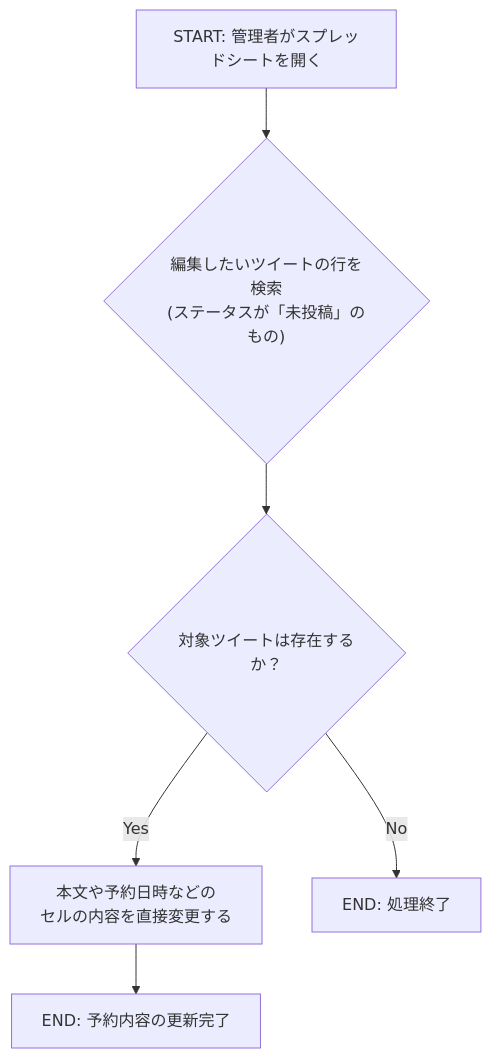
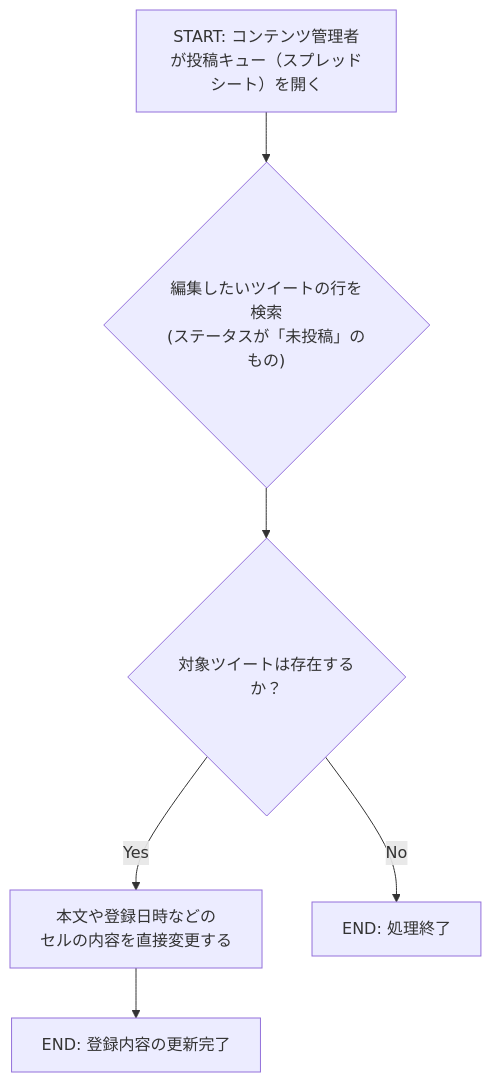
Before and after one commit to masa-codehub/hatolink: the second of 3 diagrams in docs/US-005a/flowchart.md, drawn with Mermaid. The commit also changed other lines of this file and 5 other files, not shown here.

Commit message:
フローチャートとシーケンス図の表記を「予約」から「登録」に変更し、関連する説明文を更新しました。また、エラーログや投稿キューに関する用語を統一しました。

````diff
--- a/docs/US-005a/flowchart.md
+++ b/docs/US-005a/flowchart.md
@@ -20,9 +20,9 @@
 ```mermaid
 graph TD
-    A[START: 管理者がスプレッドシートを開く] --> B;
+    A[START: コンテンツ管理者が投稿キュー（スプレッドシート）を開く] --> B;
     B{"編集したいツイートの行を検索<br>(ステータスが「未投稿」のもの)"} --> C;
     C{対象ツイートは存在するか？} -- Yes --> D;
     C -- No --> F[END: 処理終了];
-    D[本文や予約日時などの<br>セルの内容を直接変更する] --> E;
-    E[END: 予約内容の更新完了];
+    D[本文や登録日時などの<br>セルの内容を直接変更する] --> E;
+    E[END: 登録内容の更新完了];
 ```
````
